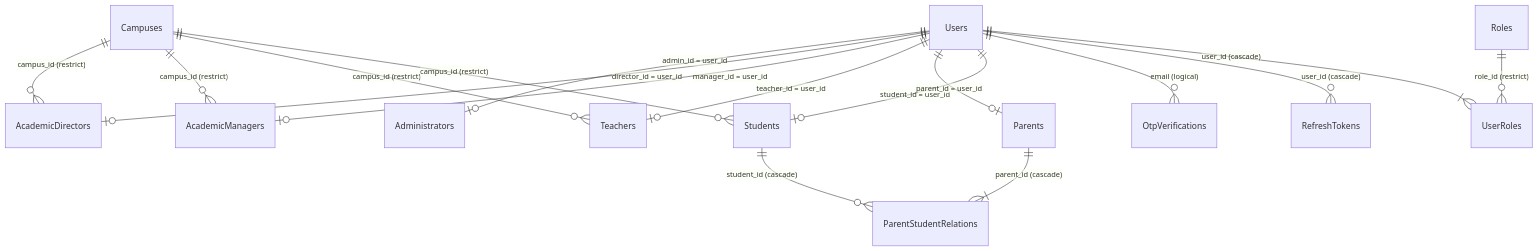
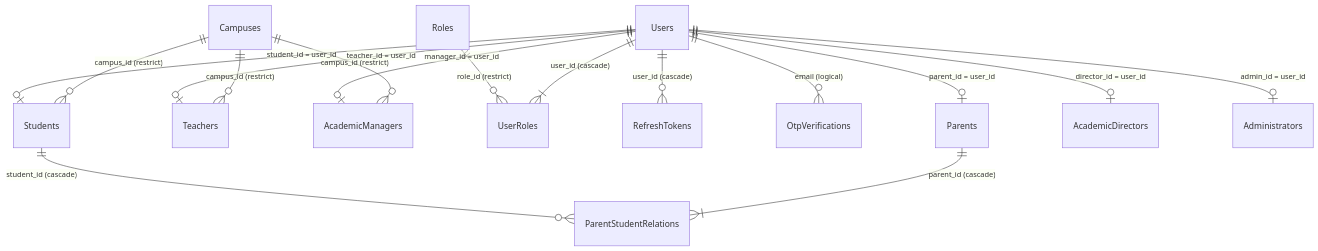
One commit to Capstone-OG/System-Repo changed the first of 4 diagrams in docs/SQL/Tong_Quan_Chi_Tiet_Moi_Quan_He_Entities.md. Above: the diagram before and after it, drawn with Mermaid. The commit also changed other lines of this file and 2 other files, not shown here.

Commit message:
fix(sql): reconcile 74 entity relationships and maintain system-wide academic director role

````diff
--- a/docs/SQL/Tong_Quan_Chi_Tiet_Moi_Quan_He_Entities.md
+++ b/docs/SQL/Tong_Quan_Chi_Tiet_Moi_Quan_He_Entities.md
@@ -154,22 +153,21 @@
 ```mermaid
 erDiagram
     Campuses ||--o{ Students : "campus_id (restrict)"
     Campuses ||--o{ Teachers : "campus_id (restrict)"
     Campuses ||--o{ AcademicManagers : "campus_id (restrict)"
-    Campuses ||--o{ AcademicDirectors : "campus_id (restrict)"
     
     Users ||--|{ UserRoles : "user_id (cascade)"
     Roles ||--o{ UserRoles : "role_id (restrict)"
     Users ||--o{ RefreshTokens : "user_id (cascade)"
     Users ||--o{ OtpVerifications : "email (logical)"
     
     Users ||--o| Students : "student_id = user_id"
     Users ||--o| Parents : "parent_id = user_id"
     Users ||--o| Teachers : "teacher_id = user_id"
     Users ||--o| AcademicManagers : "manager_id = user_id"
     Users ||--o| AcademicDirectors : "director_id = user_id"
     Users ||--o| Administrators : "admin_id = user_id"
     
     Parents ||--|{ ParentStudentRelations : "parent_id (cascade)"
     Students ||--o{ ParentStudentRelations : "student_id (cascade)"
 ```
````
